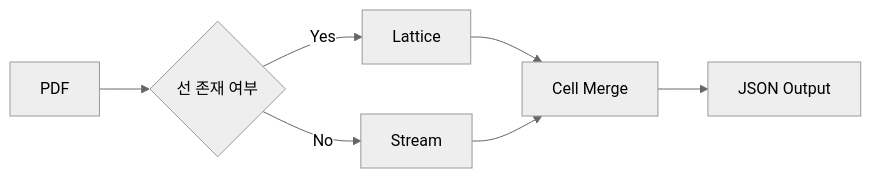
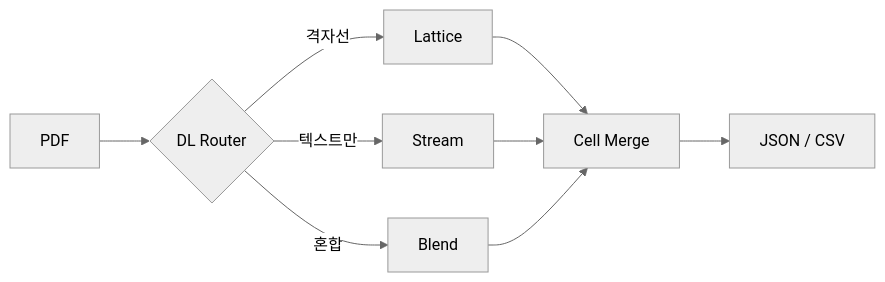
The second of 2 diagrams in README.md (dreamyoungs/trex), drawn with Mermaid (neutral theme) before and after one commit. The commit also changed other lines of this file and 1 other file, not shown here.

````diff
--- a/README.md
+++ b/README.md
@@ -257,9 +303,11 @@
 ```mermaid
 graph LR
-    A[PDF] --> B{선 존재 여부}
-    B -->|Yes| C[Lattice]
-    B -->|No| D[Stream]
+    A[PDF] --> B{DL Router}
+    B -->|격자선| C[Lattice]
+    B -->|텍스트만| D[Stream]
+    B -->|혼합| G[Blend]
     C --> E[Cell Merge]
     D --> E
-    E --> F[JSON Output]
+    G --> E
+    E --> F[JSON / CSV]
 ```
````
